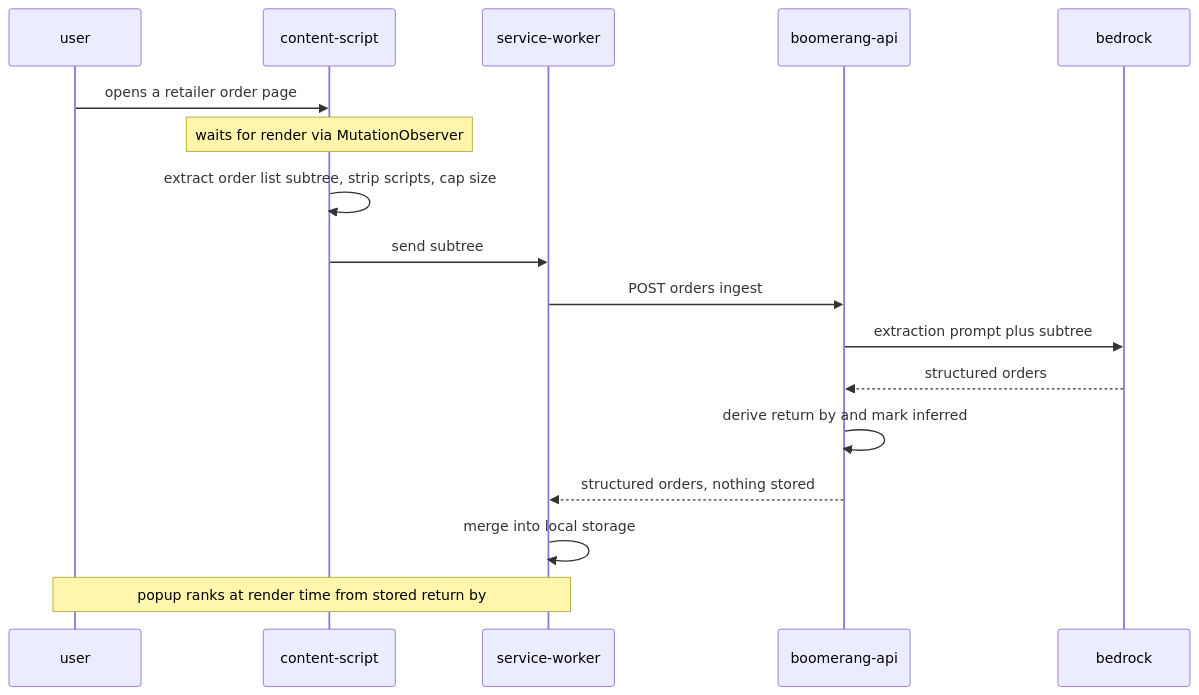
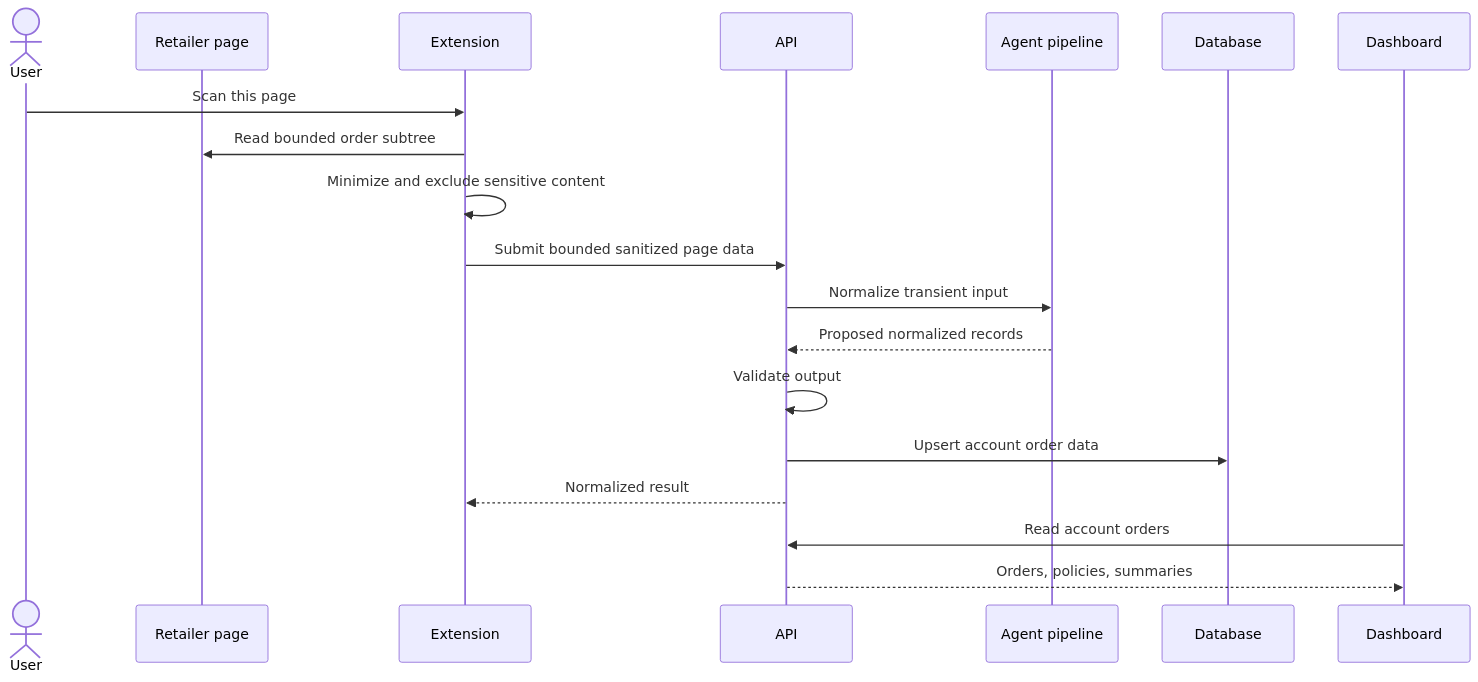
Before and after one commit to jacklvd/boomerang: the third of 4 diagrams in design/boomerang-high-level-design.md, drawn with Mermaid. The commit also changed other lines of this file and 2 other files, not shown here.

````diff
--- a/design/boomerang-high-level-design.md
+++ b/design/boomerang-high-level-design.md
@@ -539,20 +252,22 @@
 ```mermaid
 sequenceDiagram
-    participant USER as user
-    participant CS as content-script
-    participant SW as service-worker
-    participant API as boomerang-api
-    participant BR as bedrock
+    actor U as User
+    participant R as Retailer page
+    participant E as Extension
+    participant A as API
+    participant M as Agent pipeline
+    participant DB as Database
+    participant D as Dashboard
 
-    USER->>CS: opens a retailer order page
-    Note over CS: waits for render via MutationObserver
-    CS->>CS: extract order list subtree, strip scripts, cap size
-    CS->>SW: send subtree
-    SW->>API: POST orders ingest
-    API->>BR: extraction prompt plus subtree
-    BR-->>API: structured orders
-    API->>API: derive return by and mark inferred
-    API-->>SW: structured orders, nothing stored
-    SW->>SW: merge into local storage
-    Note over SW,USER: popup ranks at render time from stored return by
+    U->>E: Scan this page
+    E->>R: Read bounded order subtree
+    E->>E: Minimize and exclude sensitive content
+    E->>A: Submit bounded sanitized page data
+    A->>M: Normalize transient input
+    M-->>A: Proposed normalized records
+    A->>A: Validate output
+    A->>DB: Upsert account order data
+    A-->>E: Normalized result
+    D->>A: Read account orders
+    A-->>D: Orders, policies, summaries
 ```
````
